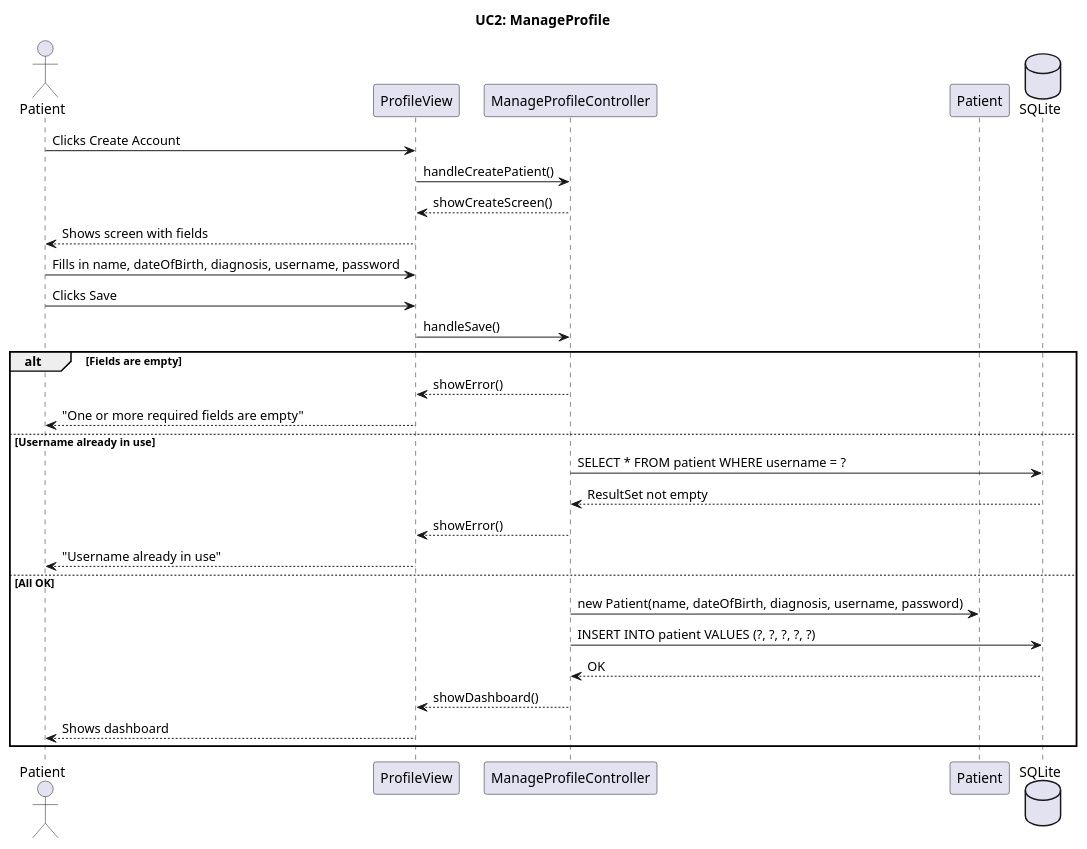
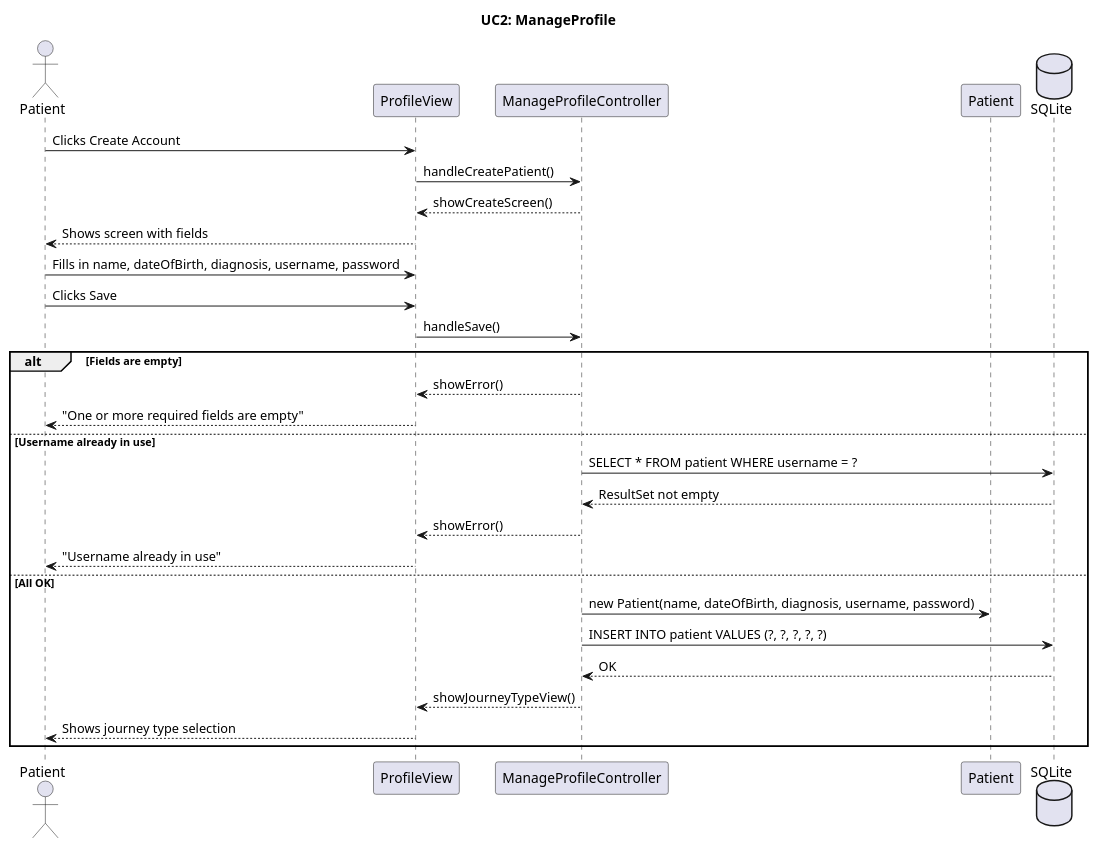
The diagram in doc/dynamic/UC2 - AdministrerProfil.puml (BesimaP/SP4---MiniSP), drawn with PlantUML before and after one commit. The commit also changed 4 other files, not shown here.

```diff
--- a/doc/dynamic/UC2 - AdministrerProfil.puml
+++ b/doc/dynamic/UC2 - AdministrerProfil.puml
@@ -1,37 +1,37 @@
 @startuml
 !pragma layout smetana
 
 title UC2: ManageProfile
 
 actor "Patient" as u
 participant "ProfileView" as v
 participant "ManageProfileController" as c
 participant "Patient" as m
 database "SQLite" as db
 
 u -> v : Clicks Create Account
 v -> c : handleCreatePatient()
 c --> v : showCreateScreen()
 v --> u : Shows screen with fields
 
 u -> v : Fills in name, dateOfBirth, diagnosis, username, password
 u -> v : Clicks Save
 v -> c : handleSave()
 
 alt Fields are empty
   c --> v : showError()
   v --> u : "One or more required fields are empty"
 else Username already in use
   c -> db : SELECT * FROM patient WHERE username = ?
   db --> c : ResultSet not empty
   c --> v : showError()
   v --> u : "Username already in use"
 else All OK
   c -> m : new Patient(name, dateOfBirth, diagnosis, username, password)
   c -> db : INSERT INTO patient VALUES (?, ?, ?, ?, ?)
   db --> c : OK
-  c --> v : showDashboard()
-  v --> u : Shows dashboard
+  c --> v : showJourneyTypeView()
+  v --> u : Shows journey type selection
 end
 
 @enduml
```
